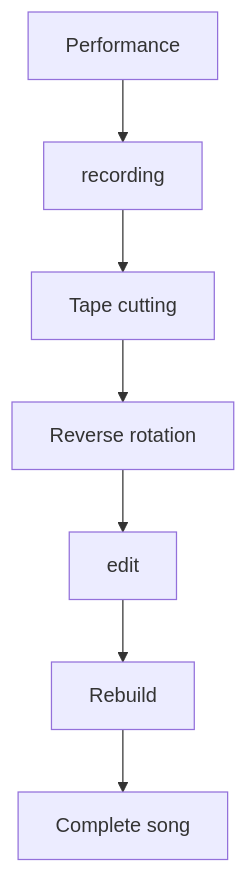
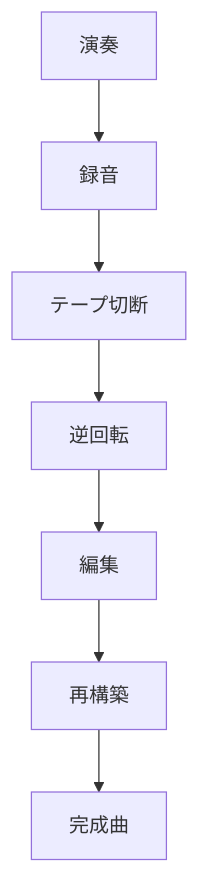
One commit to monumental-movement/monumental-movement.github.io changed the third of 10 diagrams in en/_posts/2026-05-16-column-this-heat.md. Above: the diagram before and after it, drawn with Mermaid. The commit also changed other lines of this file and 2196 other files, not shown here.

```diff
--- a/en/_posts/2026-05-16-column-this-heat.md
+++ b/en/_posts/2026-05-16-column-this-heat.md
@@ -126,9 +126,9 @@
 <div class="mermaid">
 flowchart TD
-A["Performance"] --> B["recording"]
-B --> C["Tape cutting"]
-C --> D["Reverse rotation"]
-D --> E["edit"]
-E --> F["Rebuild"]
-F --> G["Complete song"]
+A["演奏"] --> B["録音"]
+B --> C["テープ切断"]
+C --> D["逆回転"]
+D --> E["編集"]
+E --> F["再構築"]
+F --> G["完成曲"]
 </div>
```
